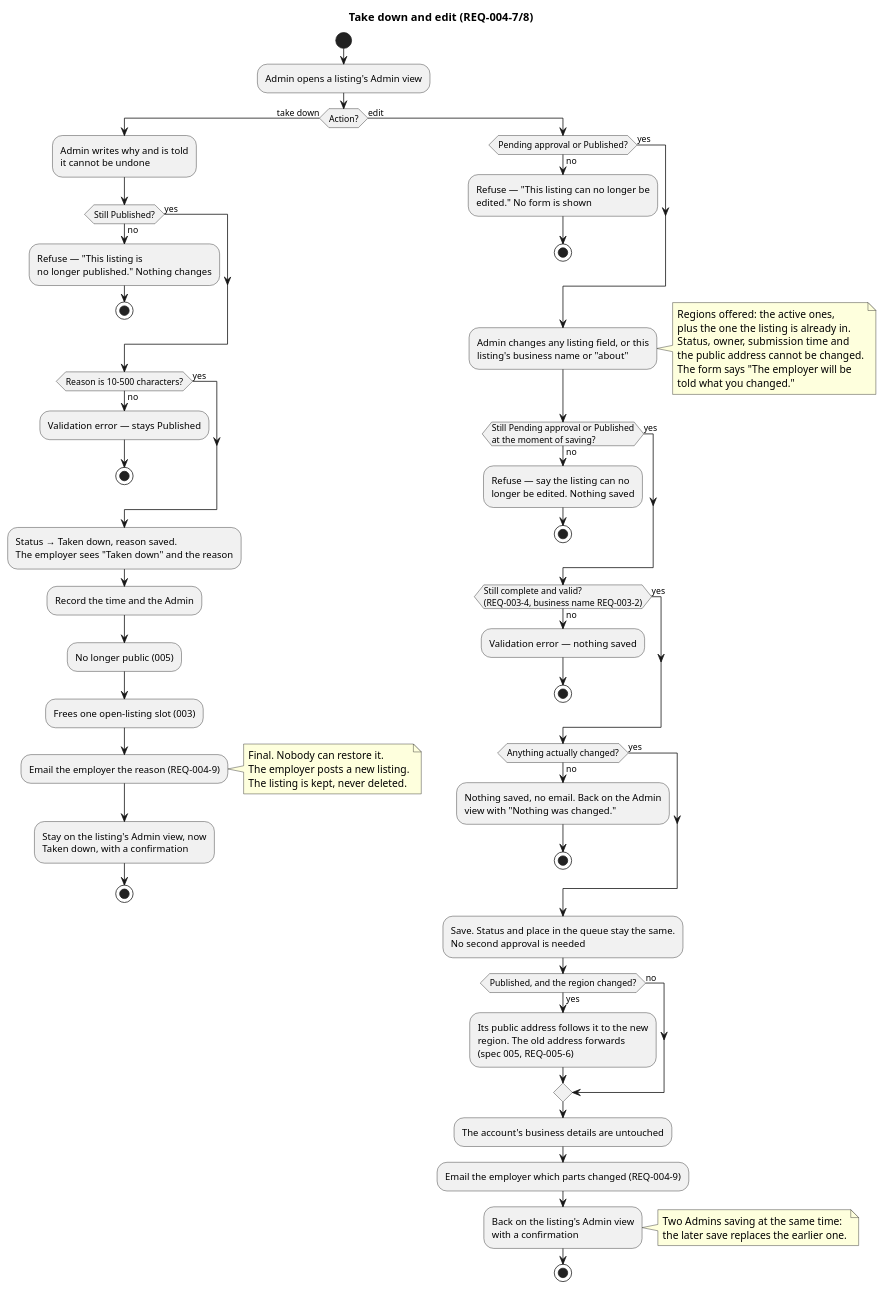
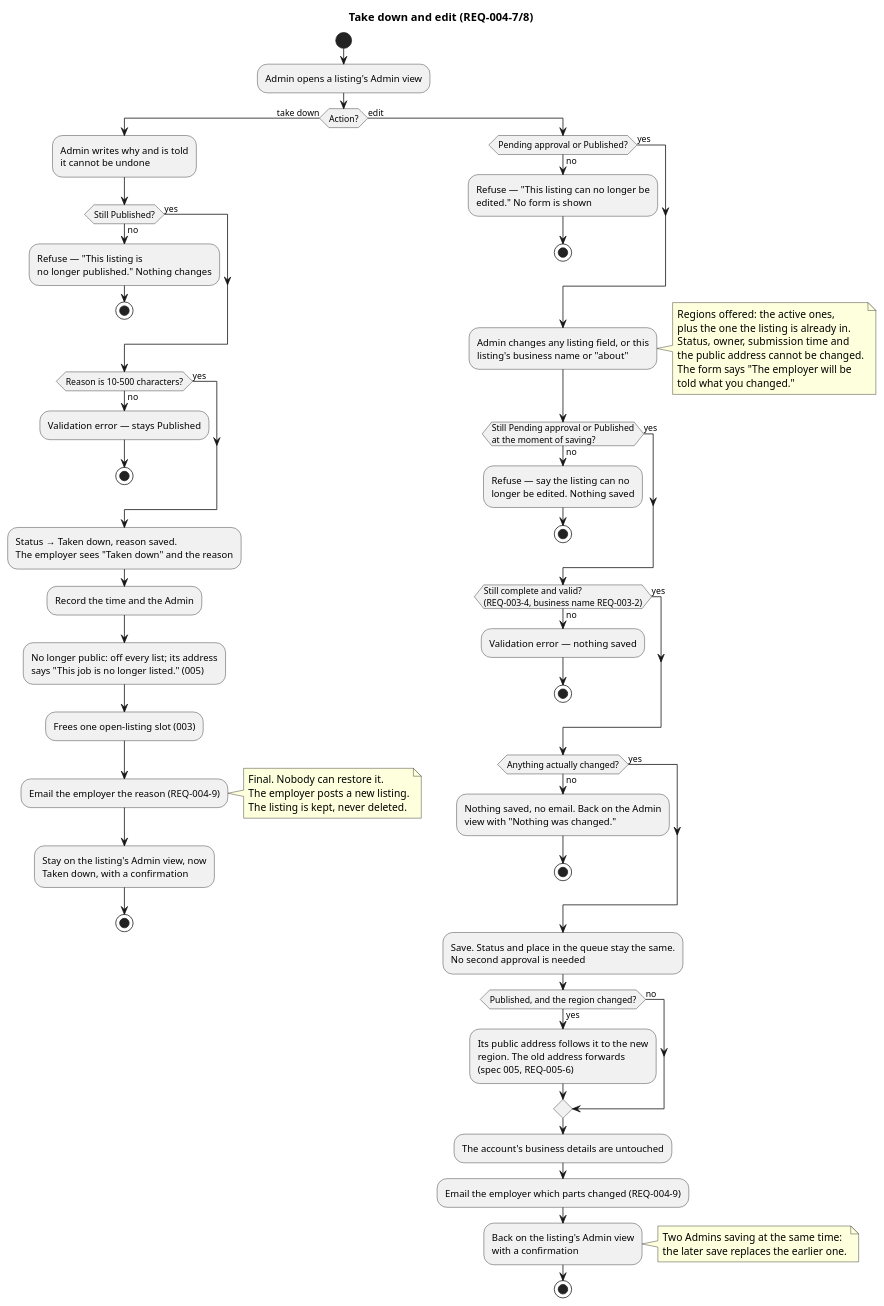
Before and after one commit to raseniero/jairojobs-elixir: the diagram in docs/specs/004-listings-admin-moderation/diagrams/activity-take-down-and-edit.puml, drawn with PlantUML. The commit also changed 15 other files, not shown here.

Commit message:
feat(browse): a listing that is no longer listed says so; earlier addresses forward (REQ-005-6, REQ-005-7)

```diff
--- a/docs/specs/004-listings-admin-moderation/diagrams/activity-take-down-and-edit.puml
+++ b/docs/specs/004-listings-admin-moderation/diagrams/activity-take-down-and-edit.puml
@@ -1,87 +1,88 @@
 @startuml activity-take-down-and-edit
 ' Spec 004 — taking down a published listing, and Admin edits (REQ-004-7, -8)
 title Take down and edit (REQ-004-7/8)
 
 start
 :Admin opens a listing's Admin view;
 if (Action?) then (take down)
   :Admin writes why and is told
   it cannot be undone;
   if (Still Published?) then (no)
     :Refuse — "This listing is
     no longer published." Nothing changes;
     stop
   else (yes)
   endif
   if (Reason is 10–500 characters?) then (no)
     :Validation error — stays Published;
     stop
   else (yes)
   endif
   :Status → Taken down, reason saved.
   The employer sees "Taken down" and the reason;
   :Record the time and the Admin;
-  :No longer public (005);
+  :No longer public: off every list; its address
+  says "This job is no longer listed." (005);
   :Frees one open-listing slot (003);
   :Email the employer the reason (REQ-004-9);
   note right
     Final. Nobody can restore it.
     The employer posts a new listing.
     The listing is kept, never deleted.
   end note
   :Stay on the listing's Admin view, now
   Taken down, with a confirmation;
   stop
 else (edit)
   if (Pending approval or Published?) then (no)
     :Refuse — "This listing can no longer be
     edited." No form is shown;
     stop
   else (yes)
   endif
   :Admin changes any listing field, or this
   listing's business name or "about";
   note right
     Regions offered: the active ones,
     plus the one the listing is already in.
     Status, owner, submission time and
     the public address cannot be changed.
     The form says "The employer will be
     told what you changed."
   end note
   if (Still Pending approval or Published\nat the moment of saving?) then (no)
     :Refuse — say the listing can no
     longer be edited. Nothing saved;
     stop
   else (yes)
   endif
   if (Still complete and valid?\n(REQ-003-4, business name REQ-003-2)) then (no)
     :Validation error — nothing saved;
     stop
   else (yes)
   endif
   if (Anything actually changed?) then (no)
     :Nothing saved, no email. Back on the Admin
     view with "Nothing was changed.";
     stop
   else (yes)
   endif
   :Save. Status and place in the queue stay the same.
   No second approval is needed;
   if (Published, and the region changed?) then (yes)
     :Its public address follows it to the new
     region. The old address forwards
     (spec 005, REQ-005-6);
   else (no)
   endif
   :The account's business details are untouched;
   :Email the employer which parts changed (REQ-004-9);
   :Back on the listing's Admin view
   with a confirmation;
   note right
     Two Admins saving at the same time:
     the later save replaces the earlier one.
   end note
   stop
 endif
 @enduml
```
